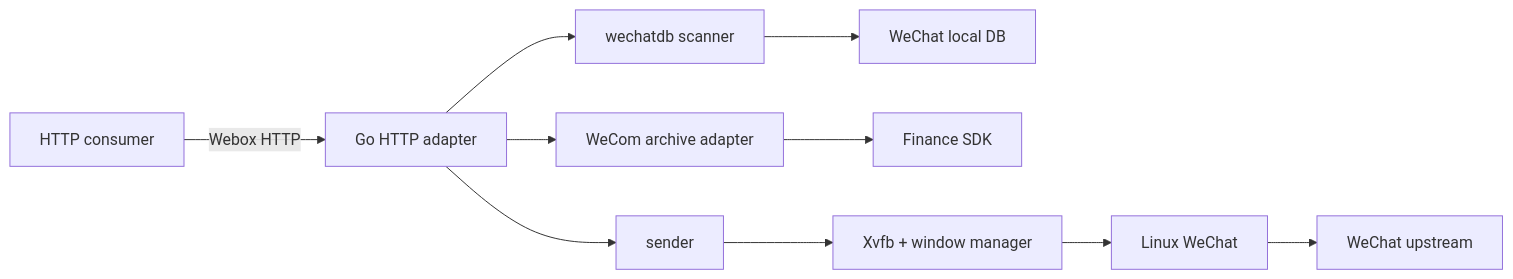
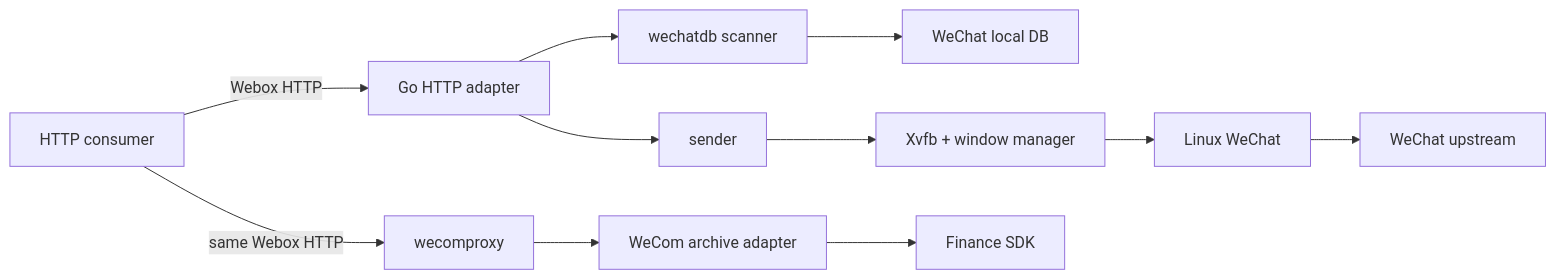
Before and after one commit to netcat-ai/webox: the diagram in docs/architecture.md, drawn with Mermaid. The commit also changed other lines of this file and 26 other files, not shown here.

Commit message:
feat: add standalone wecom archive proxy

````diff
--- a/docs/architecture.md
+++ b/docs/architecture.md
@@ -17,12 +17,13 @@
 ```mermaid
 flowchart LR
   Consumer["HTTP consumer"] -->|"Webox HTTP"| Adapter["Go HTTP adapter"]
   Adapter --> DBScanner["wechatdb scanner"]
   DBScanner --> WXDB["WeChat local DB"]
-  Adapter --> Archive["WeCom archive adapter"]
+  Consumer -->|"same Webox HTTP"| ArchiveProxy["wecomproxy"]
+  ArchiveProxy --> Archive["WeCom archive adapter"]
   Archive --> Finance["Finance SDK"]
   Adapter --> UISender["sender"]
   UISender --> Display["Xvfb + window manager"]
   Display --> WeChat["Linux WeChat"]
   WeChat --> WXNet["WeChat upstream"]
 ```
````
